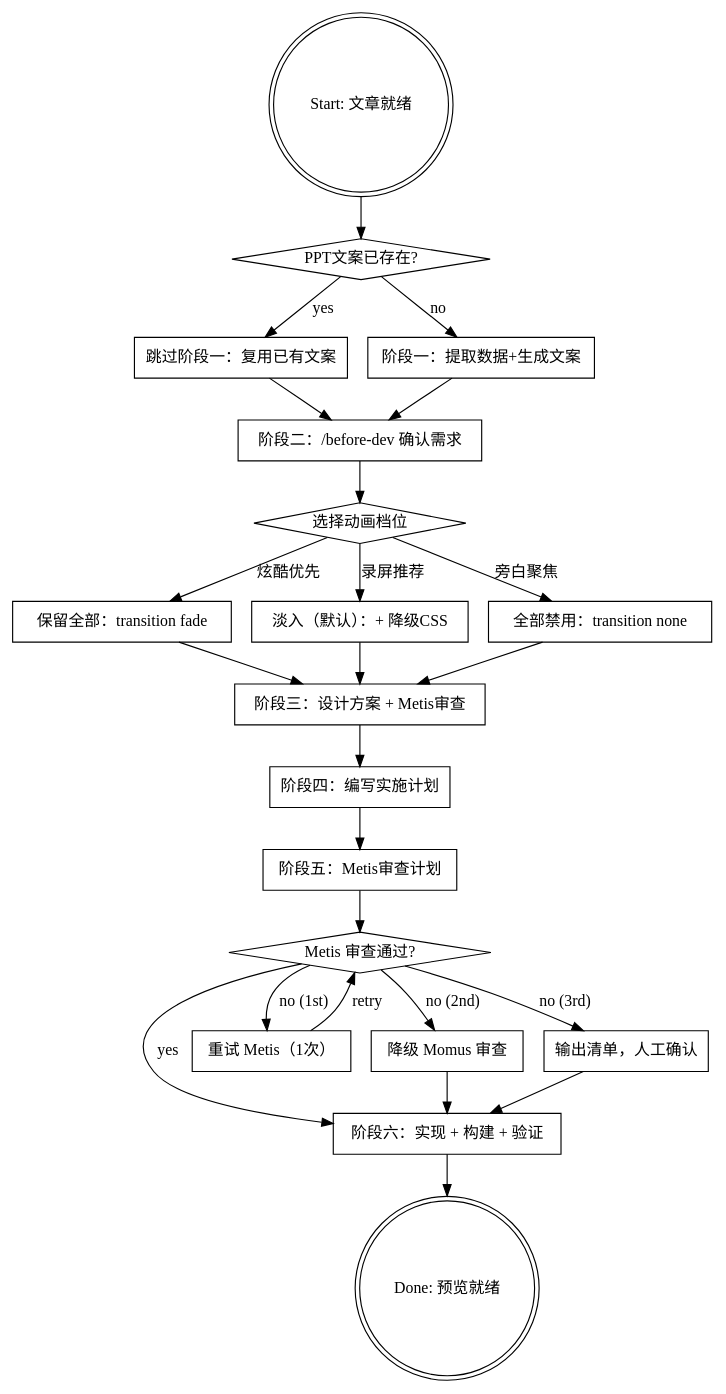
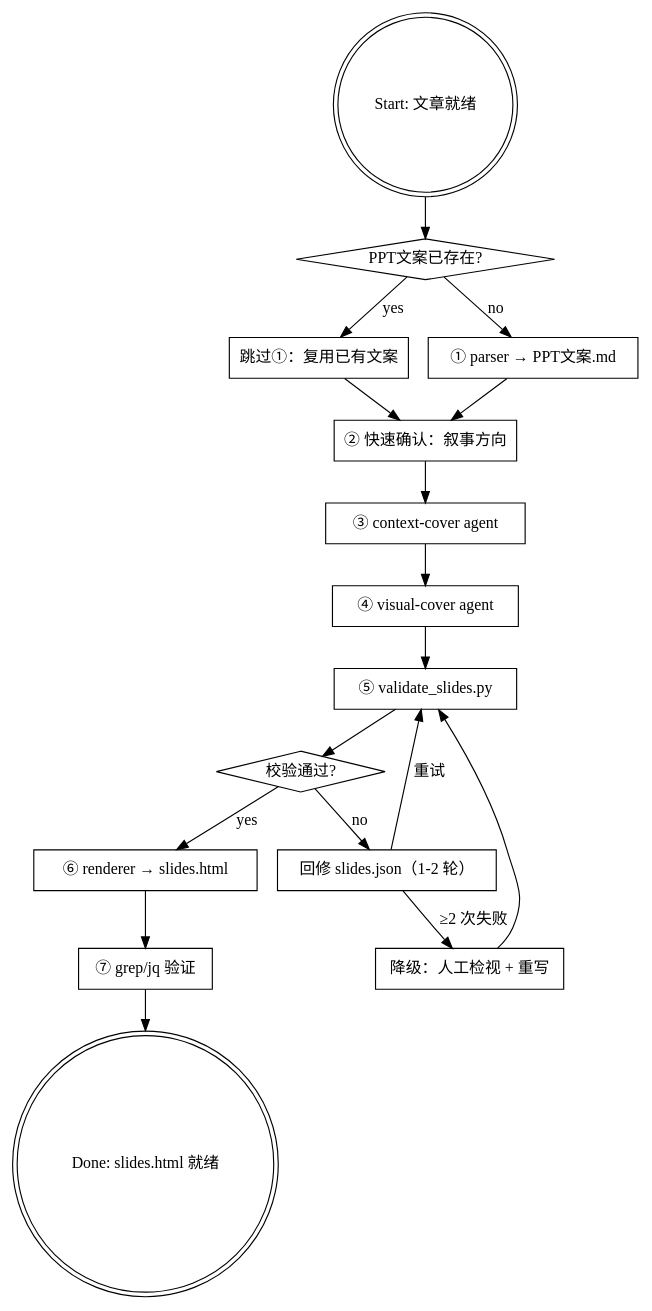
The diagram in .opencode/skills/article-to-presentation/SKILL.md (yuyangzi/ContentCreationKit), drawn with Graphviz before and after one commit. The commit also changed other lines of this file and 38 other files, not shown here.

````diff
--- a/.opencode/skills/article-to-presentation/SKILL.md
+++ b/.opencode/skills/article-to-presentation/SKILL.md
@@ -38,59 +40,44 @@
 ```dot
 digraph article_to_presentation {
     rankdir=TB;
-
     "Start: 文章就绪" [shape=doublecircle];
 
     "PPT文案已存在?" [shape=diamond];
-    "跳过阶段一：复用已有文案" [shape=box];
-    "阶段一：提取数据+生成文案" [shape=box];
+    "跳过①：复用已有文案" [shape=box];
+    "① parser → PPT文案.md" [shape=box];
 
-    "阶段二：/before-dev 确认需求" [shape=box];
+    "② 快速确认：叙事方向" [shape=box];
+    "③ context-cover agent" [shape=box];
+    "④ visual-cover agent" [shape=box];
 
-    "选择动画档位" [shape=diamond];
-    "保留全部：transition fade" [shape=box];
-    "淡入（默认）：+ 降级CSS" [shape=box];
-    "全部禁用：transition none" [shape=box];
+    "⑤ validate_slides.py" [shape=box];
 
-    "阶段三：设计方案 + Metis审查" [shape=box];
-    "阶段四：编写实施计划" [shape=box];
-    "阶段五：Metis审查计划" [shape=box];
+    "校验通过?" [shape=diamond];
+    "回修 slides.json（1-2 轮）" [shape=box];
+    "降级：人工检视 + 重写" [shape=box];
 
-    "Metis 审查通过?" [shape=diamond];
-    "阶段六：实现 + 构建 + 验证" [shape=box];
-    "重试 Metis（1次）" [shape=box];
-    "降级 Momus 审查" [shape=box];
-    "输出清单，人工确认" [shape=box];
-
-    "Done: 预览就绪" [shape=doublecircle];
+    "⑥ renderer → slides.html" [shape=box];
+    "⑦ grep/jq 验证" [shape=box];
+    "Done: slides.html 就绪" [shape=doublecircle];
 
     "Start: 文章就绪" -> "PPT文案已存在?";
-    "PPT文案已存在?" -> "跳过阶段一：复用已有文案" [label="yes"];
-    "PPT文案已存在?" -> "阶段一：提取数据+生成文案" [label="no"];
-    "跳过阶段一：复用已有文案" -> "阶段二：/before-dev 确认需求";
-    "阶段一：提取数据+生成文案" -> "阶段二：/before-dev 确认需求";
+    "PPT文案已存在?" -> "跳过①：复用已有文案" [label="yes"];
+    "PPT文案已存在?" -> "① parser → PPT文案.md" [label="no"];
+    "跳过①：复用已有文案" -> "② 快速确认：叙事方向";
+    "① parser → PPT文案.md" -> "② 快速确认：叙事方向";
 
-    "阶段二：/before-dev 确认需求" -> "选择动画档位";
-    "选择动画档位" -> "保留全部：transition fade" [label="炫酷优先"];
-    "选择动画档位" -> "淡入（默认）：+ 降级CSS" [label="录屏推荐"];
-    "选择动画档位" -> "全部禁用：transition none" [label="旁白聚焦"];
+    "② 快速确认：叙事方向" -> "③ context-cover agent";
+    "③ context-cover agent" -> "④ visual-cover agent";
+    "④ visual-cover agent" -> "⑤ validate_slides.py";
 
-    "保留全部：transition fade" -> "阶段三：设计方案 + Metis审查";
-    "淡入（默认）：+ 降级CSS" -> "阶段三：设计方案 + Metis审查";
-    "全部禁用：transition none" -> "阶段三：设计方案 + Metis审查";
+    "⑤ validate_slides.py" -> "校验通过?";
+    "校验通过?" -> "⑥ renderer → slides.html" [label="yes"];
+    "校验通过?" -> "回修 slides.json（1-2 轮）" [label="no"];
+    "回修 slides.json（1-2 轮）" -> "⑤ validate_slides.py" [label="重试"];
+    "回修 slides.json（1-2 轮）" -> "降级：人工检视 + 重写" [label="≥2 次失败"];
+    "降级：人工检视 + 重写" -> "⑤ validate_slides.py";
 
-    "阶段三：设计方案 + Metis审查" -> "阶段四：编写实施计划";
-    "阶段四：编写实施计划" -> "阶段五：Metis审查计划";
-
-    "阶段五：Metis审查计划" -> "Metis 审查通过?";
-    "Metis 审查通过?" -> "阶段六：实现 + 构建 + 验证" [label="yes"];
-    "Metis 审查通过?" -> "重试 Metis（1次）" [label="no (1st)"];
-    "重试 Metis（1次）" -> "Metis 审查通过?" [label="retry"];
-    "Metis 审查通过?" -> "降级 Momus 审查" [label="no (2nd)"];
-    "降级 Momus 审查" -> "阶段六：实现 + 构建 + 验证";
-    "Metis 审查通过?" -> "输出清单，人工确认" [label="no (3rd)"];
-    "输出清单，人工确认" -> "阶段六：实现 + 构建 + 验证";
-
-    "阶段六：实现 + 构建 + 验证" -> "Done: 预览就绪";
+    "⑥ renderer → slides.html" -> "⑦ grep/jq 验证";
+    "⑦ grep/jq 验证" -> "Done: slides.html 就绪";
 }
 ```
````
